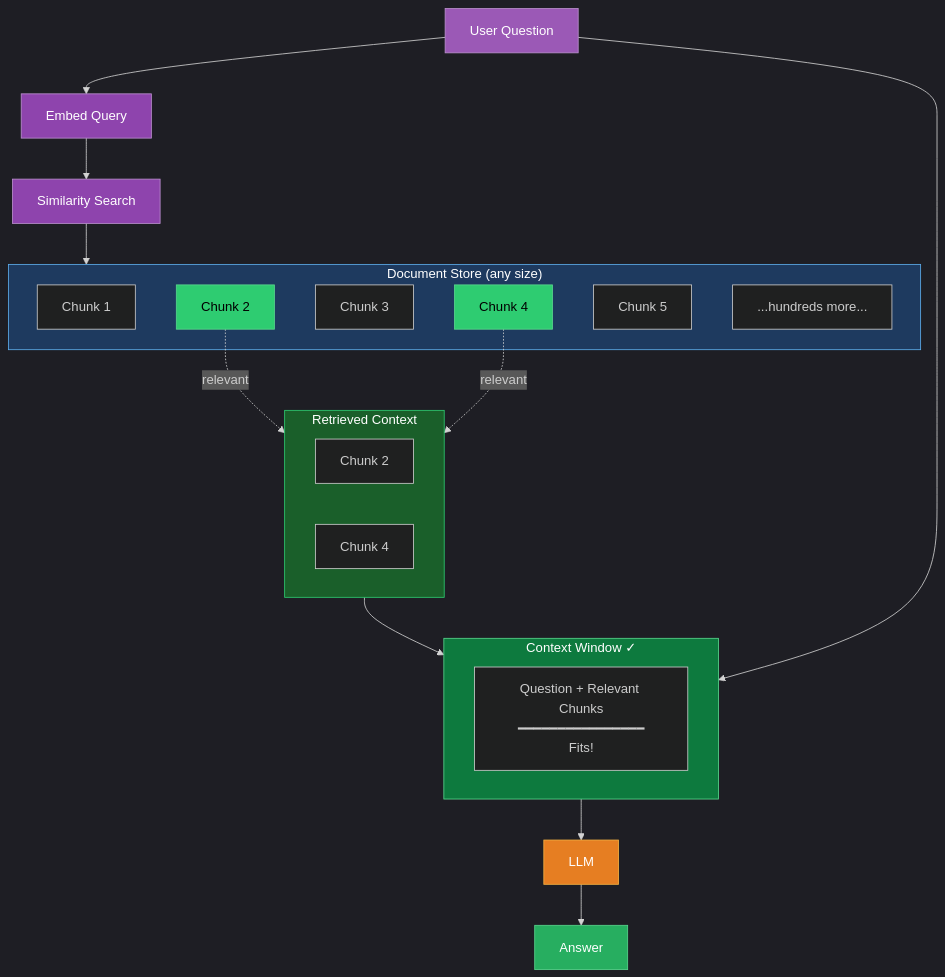
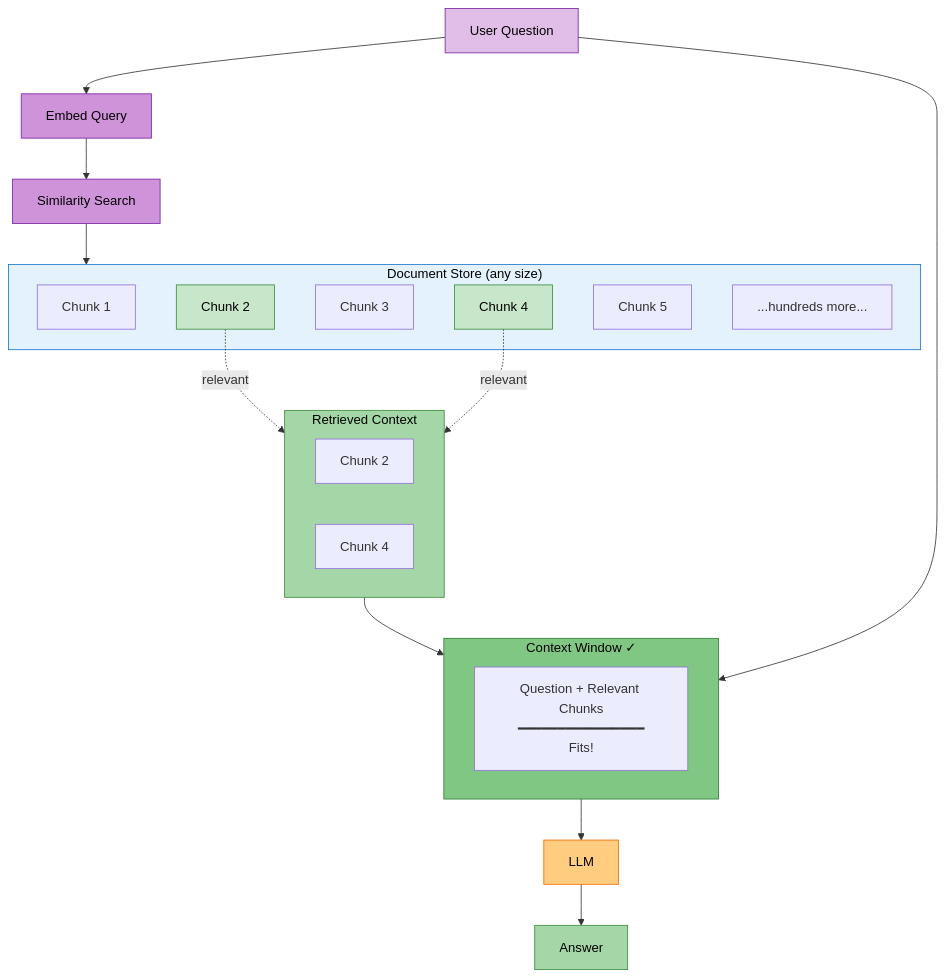
One commit to kousen/ragdemo changed the fifth of 5 diagrams in diagrams/context-window-diagrams.md. Above: the diagram before and after it, drawn with Mermaid. The commit also changed other lines of this file, not shown here.

Commit message:
Update diagrams to light theme for GitHub and video
- Remove dark theme directives from Mermaid diagrams
- Use light-friendly color palette (blues, greens, purples)
- Better contrast on white backgrounds

````diff
--- a/diagrams/context-window-diagrams.md
+++ b/diagrams/context-window-diagrams.md
@@ -88,43 +83,42 @@
 ```mermaid
-%%{init: {'theme': 'dark'}}%%
 flowchart TB
     subgraph docs["Document Store (any size)"]
         D1["Chunk 1"]
         D2["Chunk 2"]
         D3["Chunk 3"]
         D4["Chunk 4"]
         D5["Chunk 5"]
         D6["...hundreds more..."]
     end
 
     Q["User Question"] --> E["Embed Query"]
     E --> S["Similarity Search"]
     S --> docs
 
     D2 -.->|"relevant"| R
     D4 -.->|"relevant"| R
 
     subgraph R["Retrieved Context"]
         RC1["Chunk 2"]
         RC2["Chunk 4"]
     end
 
     subgraph window["Context Window ✓"]
         P["Question + Relevant Chunks<br/>━━━━━━━━━━━━━━━━<br/>Fits!"]
     end
 
     R --> window
     Q --> window
     window --> LLM["LLM"] --> A["Answer"]
 
-    style docs fill:#1e3a5f,stroke:#5dadec,color:#fff
-    style D2 fill:#2ecc71,stroke:#58d68d,color:#000
-    style D4 fill:#2ecc71,stroke:#58d68d,color:#000
-    style R fill:#1a5f2a,stroke:#2ecc71,color:#fff
-    style window fill:#0d7a3e,stroke:#58d68d,color:#fff
-    style Q fill:#9b59b6,stroke:#bb8fce,color:#fff
-    style E fill:#8e44ad,stroke:#bb8fce,color:#fff
-    style S fill:#8e44ad,stroke:#bb8fce,color:#fff
-    style LLM fill:#e67e22,stroke:#f5b041,color:#fff
-    style A fill:#27ae60,stroke:#58d68d,color:#fff
+    style docs fill:#e3f2fd,stroke:#1976d2,color:#000
+    style D2 fill:#c8e6c9,stroke:#388e3c,color:#000
+    style D4 fill:#c8e6c9,stroke:#388e3c,color:#000
+    style R fill:#a5d6a7,stroke:#388e3c,color:#000
+    style window fill:#81c784,stroke:#2e7d32,color:#000
+    style Q fill:#e1bee7,stroke:#7b1fa2,color:#000
+    style E fill:#ce93d8,stroke:#7b1fa2,color:#000
+    style S fill:#ce93d8,stroke:#7b1fa2,color:#000
+    style LLM fill:#ffcc80,stroke:#ef6c00,color:#000
+    style A fill:#a5d6a7,stroke:#388e3c,color:#000
 ```
````
